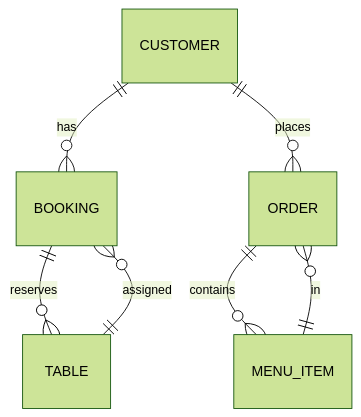
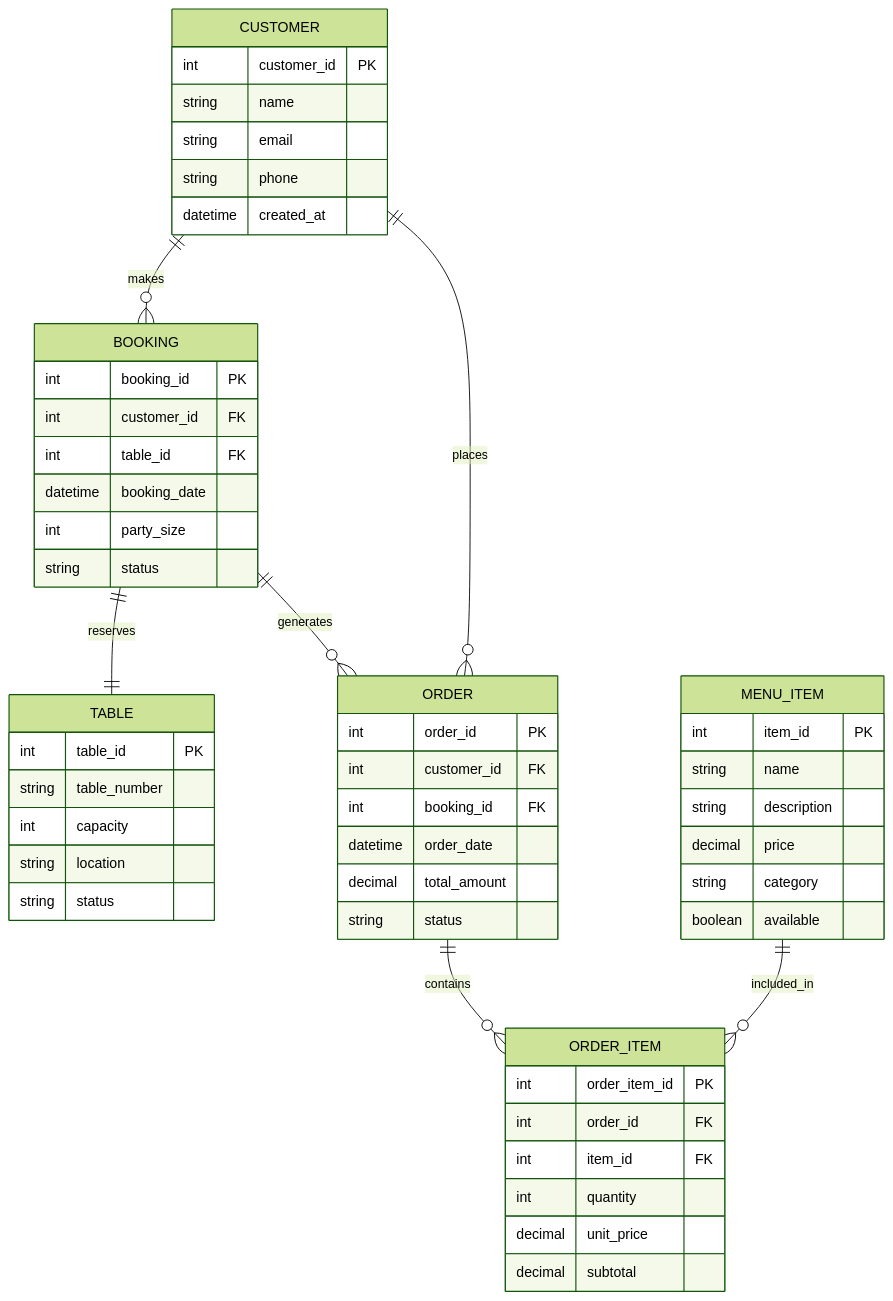
Before and after one commit to blu1606/RestaurantBookingManagement: the second of 3 diagrams in README.md, drawn with Mermaid (forest theme). The commit also changed other lines of this file, not shown here.

````diff
--- a/README.md
+++ b/README.md
@@ -252,9 +201,62 @@
 ```mermaid
 erDiagram
-    CUSTOMER ||--o{ BOOKING : has
-    CUSTOMER ||--o{ ORDER : places
-    BOOKING ||--o{ TABLE : reserves
-    ORDER ||--o{ MENU_ITEM : contains
-    TABLE ||--o{ BOOKING : assigned
-    MENU_ITEM ||--o{ ORDER : in
+    CUSTOMER {
+        int customer_id PK
+        string name
+        string email
+        string phone
+        datetime created_at
+    }
+    
+    BOOKING {
+        int booking_id PK
+        int customer_id FK
+        int table_id FK
+        datetime booking_date
+        int party_size
+        string status
+    }
+    
+    TABLE {
+        int table_id PK
+        string table_number
+        int capacity
+        string location
+        string status
+    }
+    
+    ORDER {
+        int order_id PK
+        int customer_id FK
+        int booking_id FK
+        datetime order_date
+        decimal total_amount
+        string status
+    }
+    
+    MENU_ITEM {
+        int item_id PK
+        string name
+        string description
+        decimal price
+        string category
+        boolean available
+    }
+    
+    ORDER_ITEM {
+        int order_item_id PK
+        int order_id FK
+        int item_id FK
+        int quantity
+        decimal unit_price
+        decimal subtotal
+    }
+    
+    %% Relationships
+    CUSTOMER ||--o{ BOOKING : "makes"
+    CUSTOMER ||--o{ ORDER : "places"
+    BOOKING ||--|| TABLE : "reserves"
+    ORDER ||--o{ ORDER_ITEM : "contains"
+    MENU_ITEM ||--o{ ORDER_ITEM : "included_in"
+    BOOKING ||--o{ ORDER : "generates"
 ```
````
